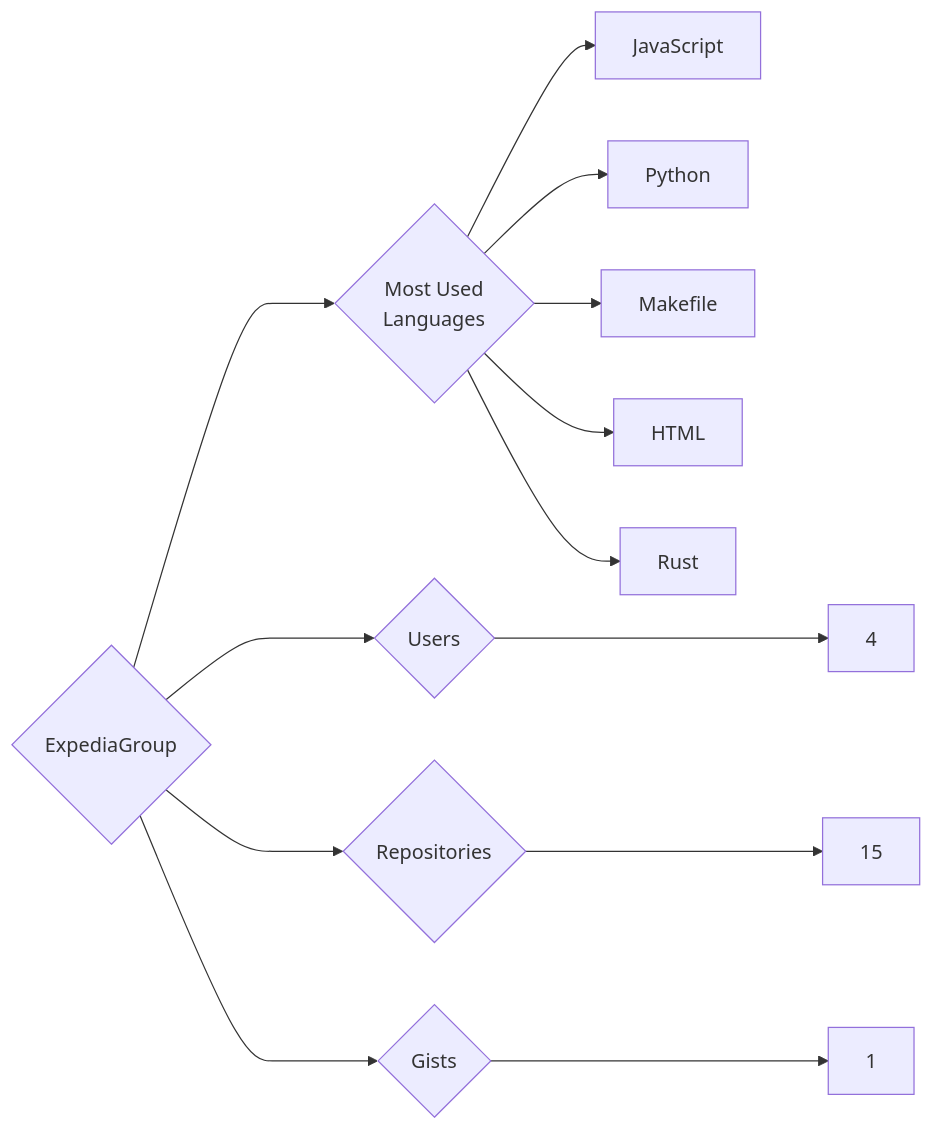
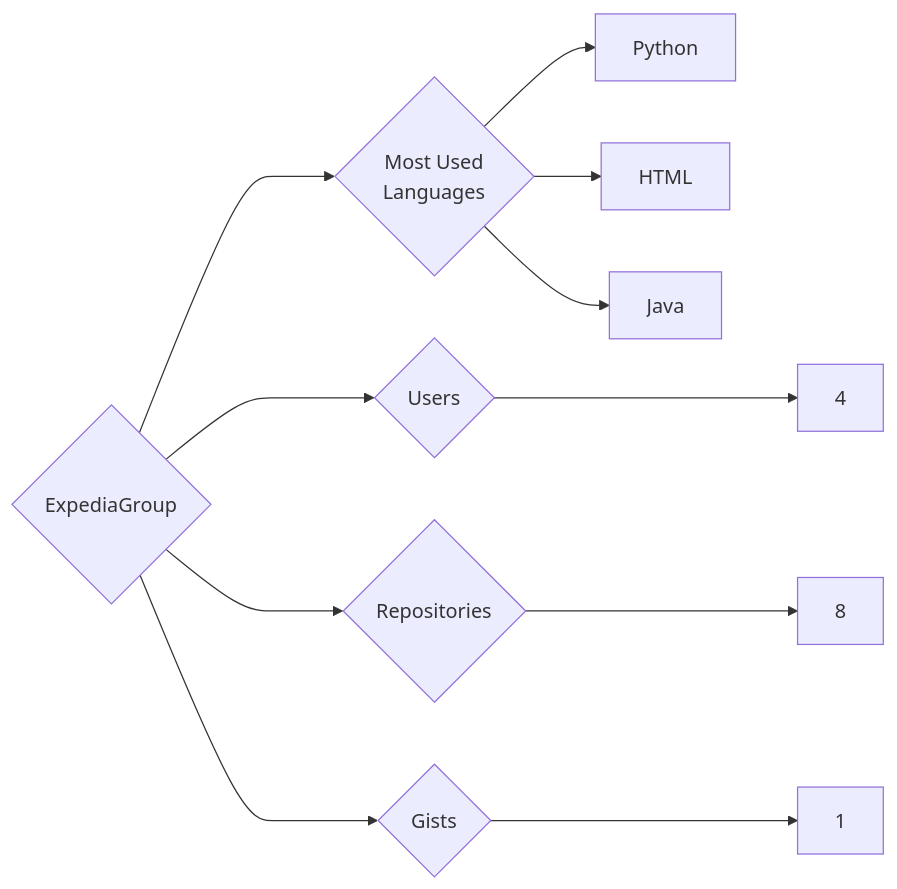
Before and after one commit to trickest/insiders: the diagram in targets/ExpediaGroup/README.md, drawn with Mermaid. The commit also changed 1167 other files, not shown here.

````diff
--- a/targets/ExpediaGroup/README.md
+++ b/targets/ExpediaGroup/README.md
@@ -3,13 +3,11 @@
 ```mermaid
 graph LR
 COMPANY_NAME{ExpediaGroup}
 COMPANY_NAME ---> U{Users} ---> UN[4]
-COMPANY_NAME ---> R{Repositories} ---> RN[15]
+COMPANY_NAME ---> R{Repositories} ---> RN[8]
 COMPANY_NAME ---> G{Gists} ---> GN[1]
 COMPANY_NAME ---> ML{Most Used<br>Languages}
-ML --> JavaScript[JavaScript]
 ML --> Python[Python]
-ML --> Makefile[Makefile]
 ML --> HTML[HTML]
-ML --> Rust[Rust]
+ML --> Java[Java]
 ```
````
